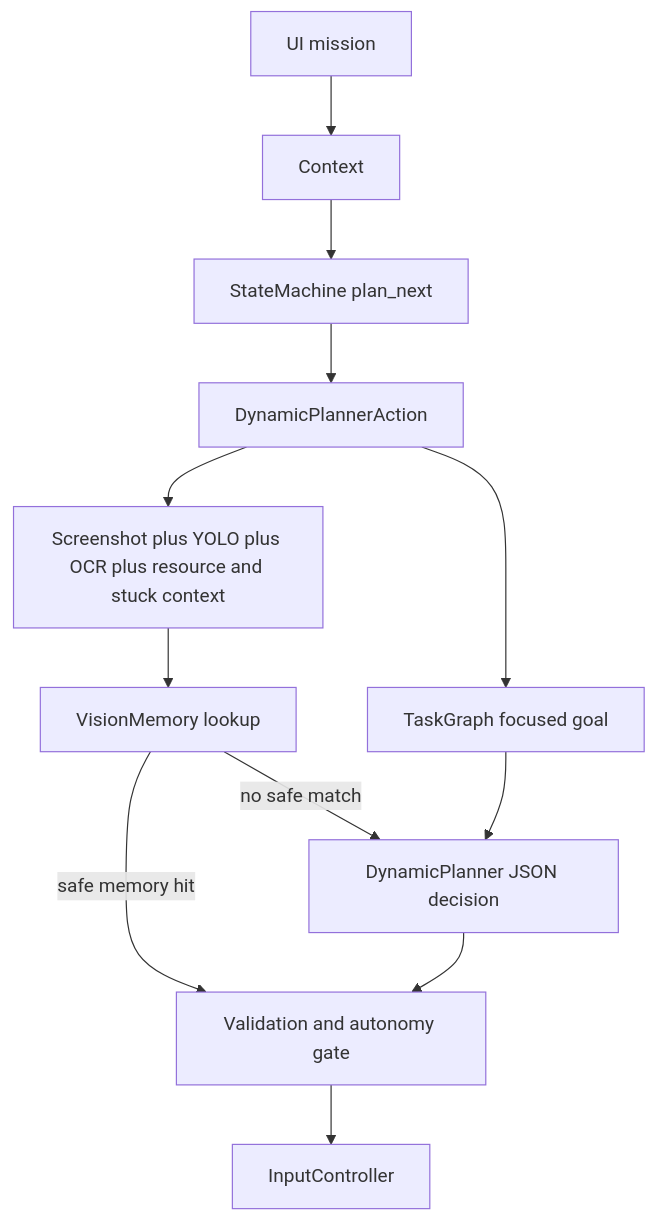
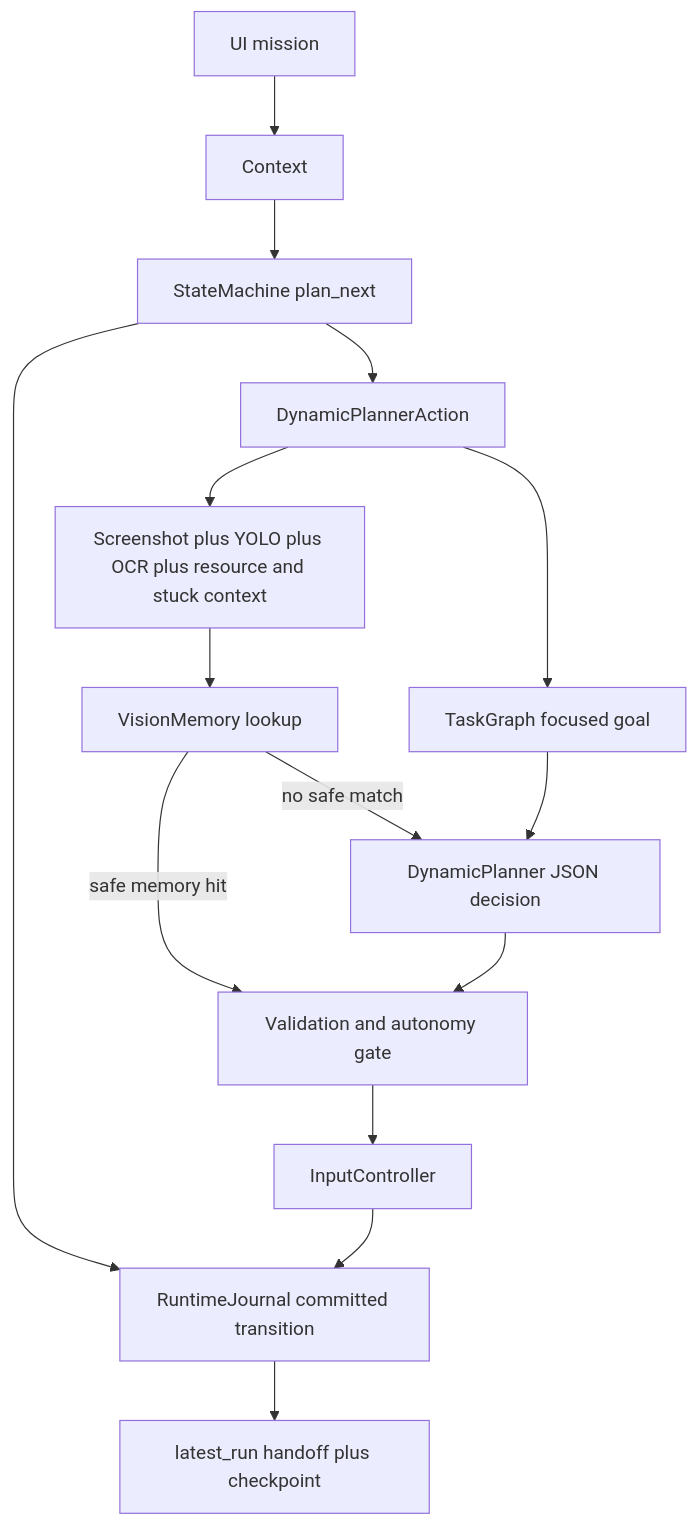
Before and after one commit to ayushrocks012/OSROKBOT-master: the first of 2 diagrams in README.md, drawn with Mermaid. The commit also changed other lines of this file and 24 other files, not shown here.

````diff
--- a/README.md
+++ b/README.md
@@ -173,14 +174,17 @@
 ```mermaid
 flowchart TD
     UI["UI mission"] --> Ctx["Context"]
     Ctx --> SM["StateMachine plan_next"]
     SM --> Act["DynamicPlannerAction"]
     Act --> TG["TaskGraph focused goal"]
     Act --> Obs["Screenshot plus YOLO plus OCR plus resource and stuck context"]
     Obs --> VM["VisionMemory lookup"]
     VM -->|safe memory hit| Gate["Validation and autonomy gate"]
     VM -->|no safe match| DP["DynamicPlanner JSON decision"]
     TG --> DP
     DP --> Gate
     Gate --> IC["InputController"]
+    SM --> J["RuntimeJournal committed transition"]
+    IC --> J
+    J --> HO["latest_run handoff plus checkpoint"]
 ```
````
